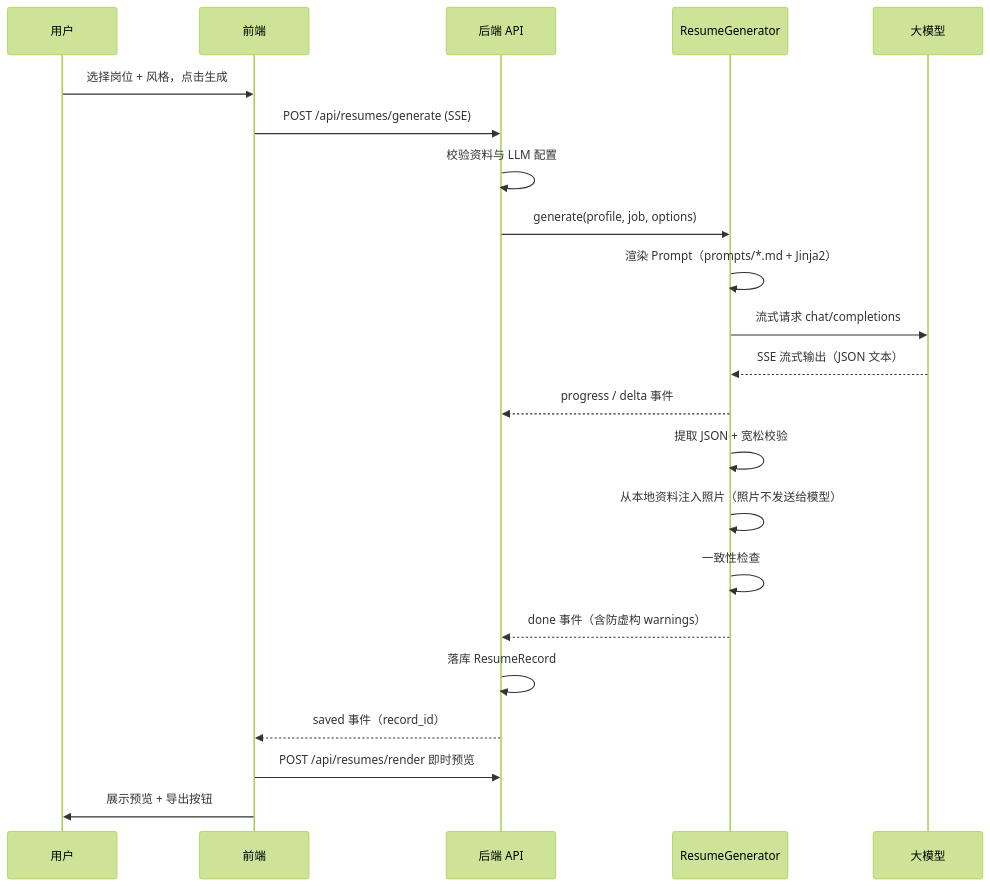
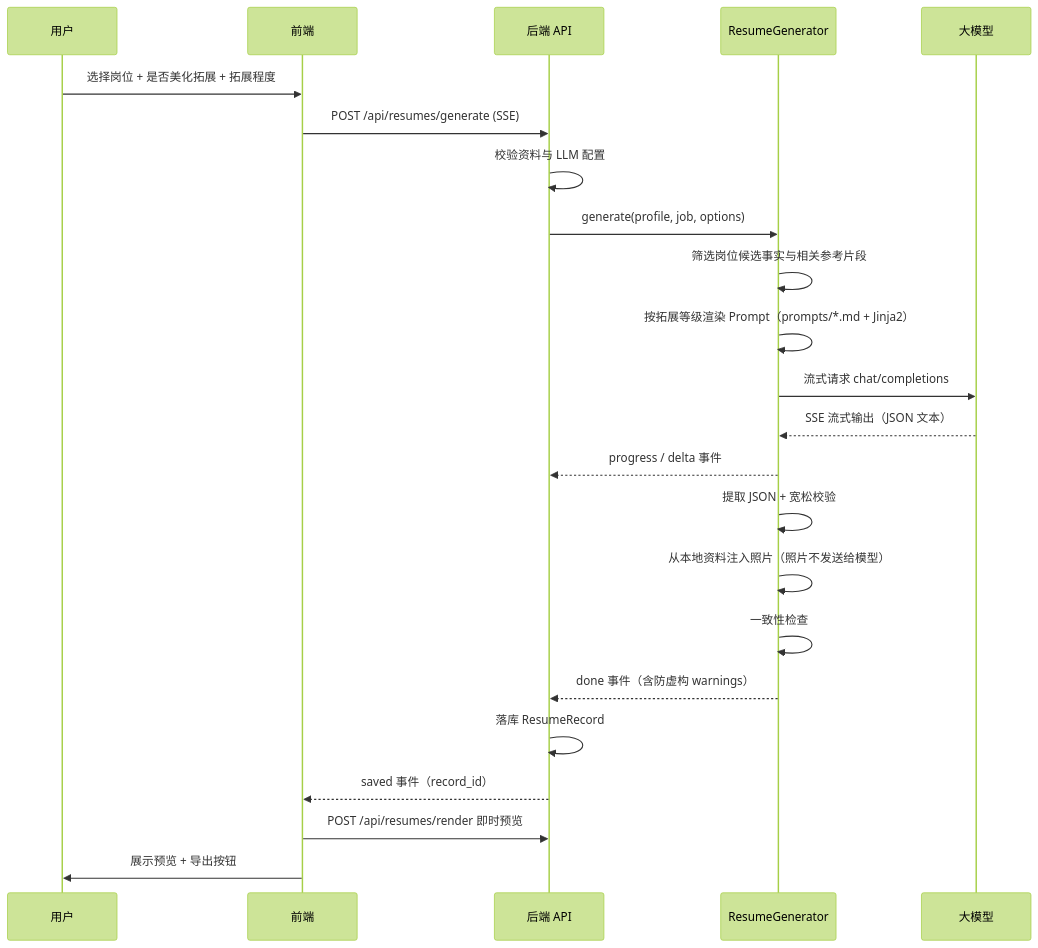
Before and after one commit to magicapple123/ResumeForge: the second of 2 diagrams in docs/architecture.md, drawn with Mermaid (forest theme). The commit also changed other lines of this file and 27 other files, not shown here.

````diff
--- a/docs/architecture.md
+++ b/docs/architecture.md
@@ -63,25 +64,26 @@
 ```mermaid
 sequenceDiagram
     participant U as 用户
     participant F as 前端
     participant B as 后端 API
     participant G as ResumeGenerator
     participant L as 大模型
 
-    U->>F: 选择岗位 + 风格，点击生成
+    U->>F: 选择岗位 + 是否美化拓展 + 拓展程度
     F->>B: POST /api/resumes/generate (SSE)
     B->>B: 校验资料与 LLM 配置
     B->>G: generate(profile, job, options)
-    G->>G: 渲染 Prompt（prompts/*.md + Jinja2）
+    G->>G: 筛选岗位候选事实与相关参考片段
+    G->>G: 按拓展等级渲染 Prompt（prompts/*.md + Jinja2）
     G->>L: 流式请求 chat/completions
     L-->>G: SSE 流式输出（JSON 文本）
     G-->>B: progress / delta 事件
     G->>G: 提取 JSON + 宽松校验
     G->>G: 从本地资料注入照片（照片不发送给模型）
     G->>G: 一致性检查
     G-->>B: done 事件（含防虚构 warnings）
     B->>B: 落库 ResumeRecord
     B-->>F: saved 事件（record_id）
     F->>B: POST /api/resumes/render 即时预览
     F->>U: 展示预览 + 导出按钮
 ```
````
